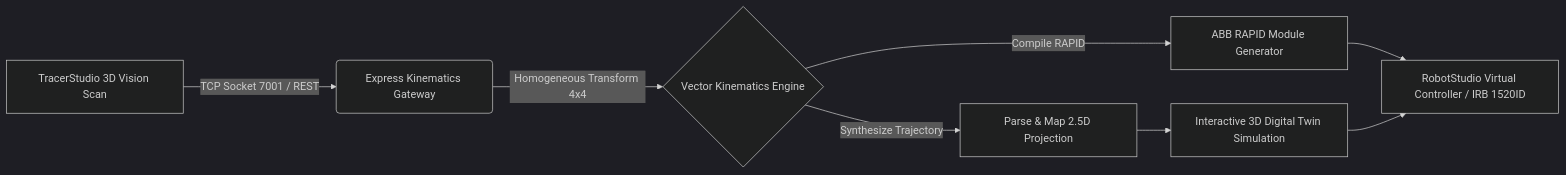
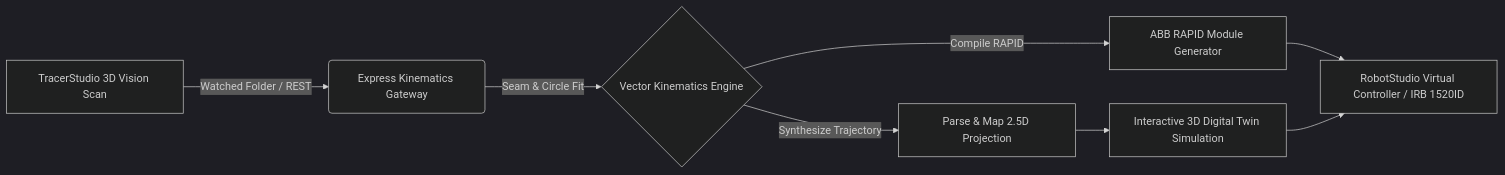
The diagram in README.md (MinhQuan2511/RMIT-Software-Capstone), drawn with Mermaid (dark theme) before and after one commit. The commit also changed other lines of this file and 4 other files, not shown here.

````diff
--- a/README.md
+++ b/README.md
@@ -28,10 +28,10 @@
 ```mermaid
 flowchart LR
-    A[TracerStudio 3D Vision Scan] -->|TCP Socket 7001 / REST| B(Express Kinematics Gateway)
-    B -->|Homogeneous Transform 4x4| C{Vector Kinematics Engine}
+    A[TracerStudio 3D Vision Scan] -->|Watched Folder / REST| B(Express Kinematics Gateway)
+    B -->|Seam & Circle Fit| C{Vector Kinematics Engine}
     C -->|Synthesize Trajectory| D[Parse & Map 2.5D Projection]
     C -->|Compile RAPID| E[ABB RAPID Module Generator]
     D --> F[Interactive 3D Digital Twin Simulation]
     E --> G[RobotStudio Virtual Controller / IRB 1520ID]
     F --> G
 ```
````
